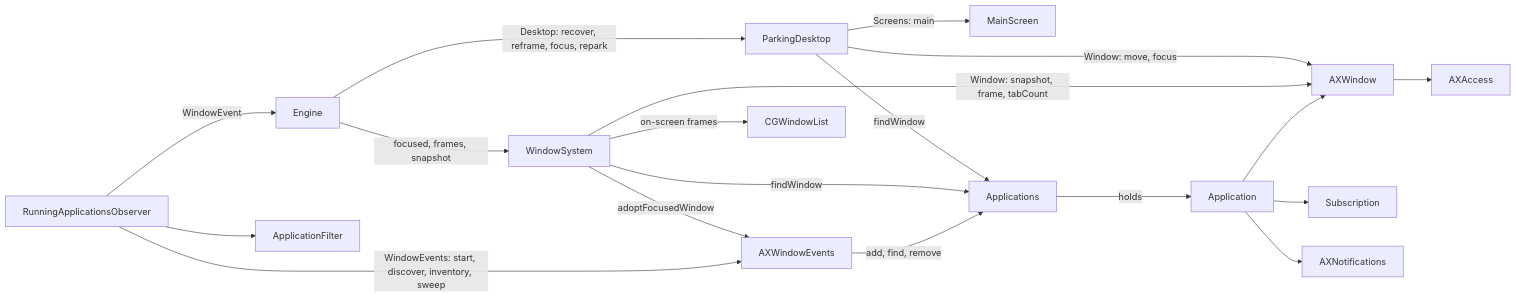
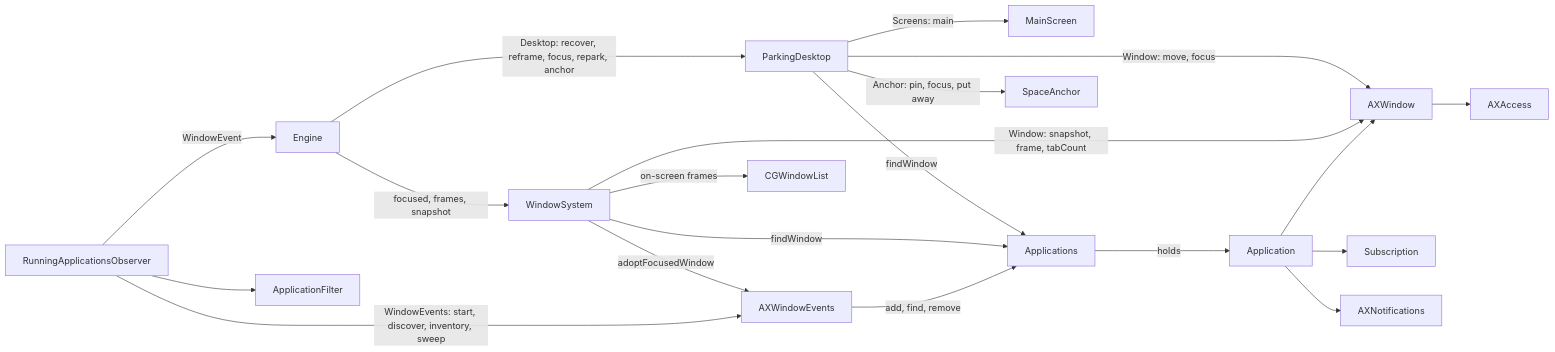
One commit to brennovich/ottowm changed the sixth of 22 diagrams in ARCHITECTURE.md. Above: the diagram before and after it, drawn with Mermaid. The commit also changed other lines of this file and 16 other files, not shown here.

````diff
--- a/ARCHITECTURE.md
+++ b/ARCHITECTURE.md
@@ -112,22 +112,23 @@
 ```mermaid
 flowchart LR
-    Engine -->|"Desktop: recover, reframe, focus, repark"| ParkingDesktop
+    Engine -->|"Desktop: recover, reframe, focus, repark, anchor"| ParkingDesktop
     Engine -->|focused, frames, snapshot| WindowSystem
     RunningApplicationsObserver -->|WindowEvent| Engine
 
     ParkingDesktop -->|"Screens: main"| MainScreen
     ParkingDesktop -->|findWindow| Applications
     ParkingDesktop -->|"Window: move, focus"| AXWindow
+    ParkingDesktop -->|"Anchor: pin, focus, put away"| SpaceAnchor
 
     WindowSystem -->|adoptFocusedWindow| AXWindowEvents
     WindowSystem -->|on-screen frames| CGWindowList
     WindowSystem -->|findWindow| Applications
     WindowSystem -->|"Window: snapshot, frame, tabCount"| AXWindow
 
     RunningApplicationsObserver --> ApplicationFilter
     RunningApplicationsObserver -->|"WindowEvents: start, discover, inventory, sweep"| AXWindowEvents
     AXWindowEvents -->|add, find, remove| Applications
     Applications -->|holds| Application
     Application --> Subscription & AXNotifications & AXWindow
     AXWindow --> AXAccess
 ```
````
